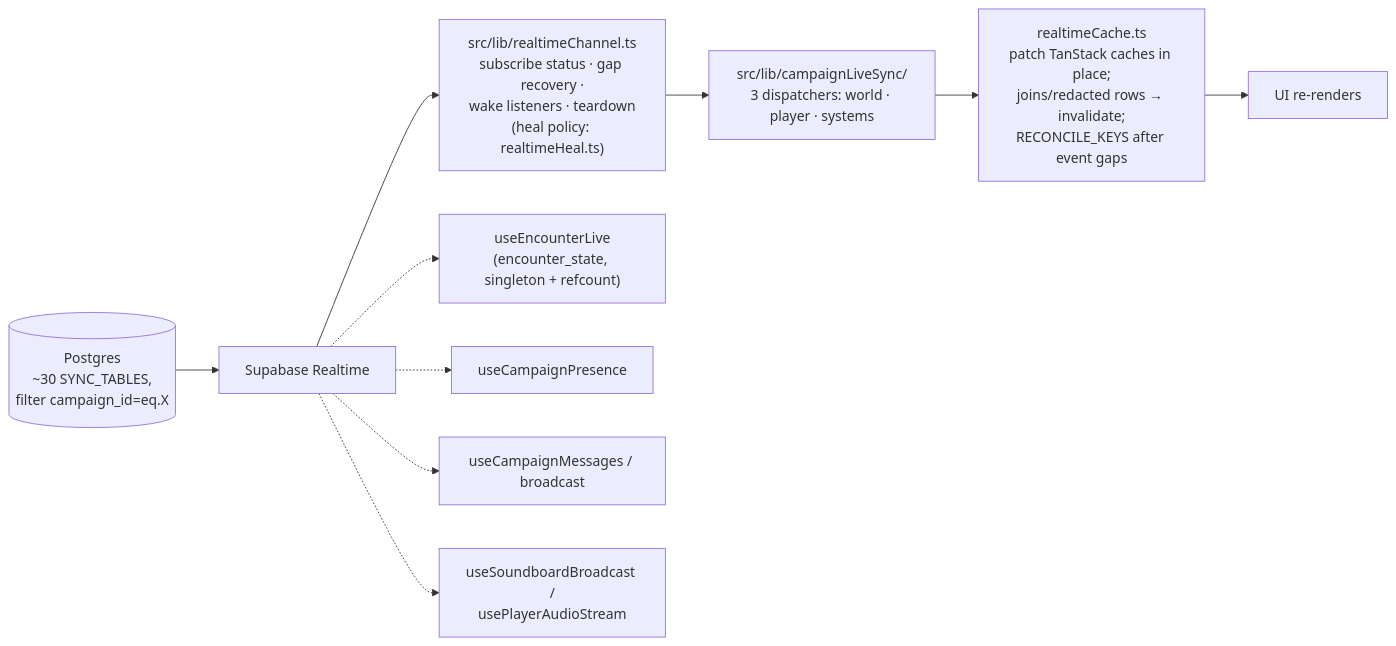
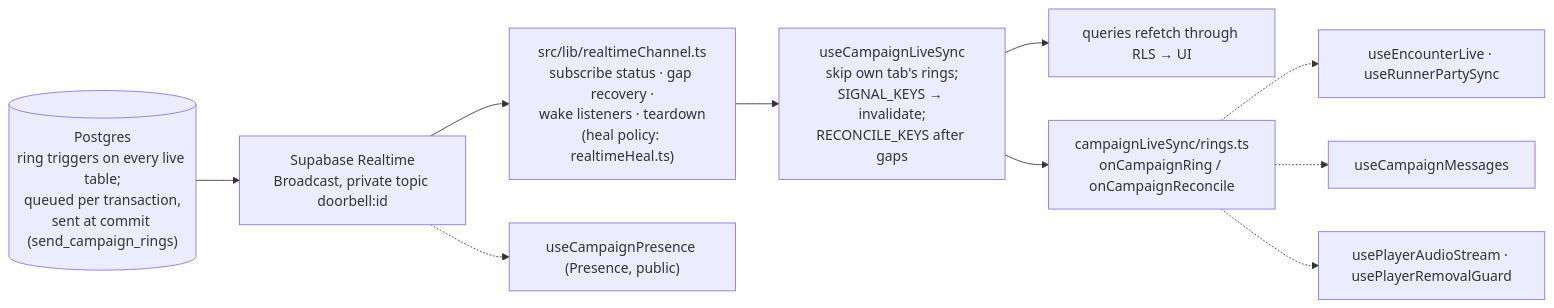
The third of 4 diagrams in context/architecture/internal.md (irongollem/grimoire), drawn with Mermaid before and after one commit. The commit also changed other lines of this file and 66 other files, not shown here.

First line of the commit message:
feat(live-sync): every client hears the campaign doorbell over Broadcast, and nothing polls (#999 4.2)

````diff
--- a/context/architecture/internal.md
+++ b/context/architecture/internal.md
@@ -152,13 +154,12 @@
 ```mermaid
 flowchart LR
-    pg[("Postgres<br/>~30 SYNC_TABLES,<br/>filter campaign_id=eq.X")] --> rt["Supabase Realtime"]
+    pg[("Postgres<br/>ring triggers on every live table;<br/>queued per transaction,<br/>sent at commit (send_campaign_rings)")] --> rt["Supabase Realtime<br/>Broadcast, private topic doorbell:id"]
     rt --> chan["src/lib/realtimeChannel.ts<br/>subscribe status · gap recovery ·<br/>wake listeners · teardown<br/>(heal policy: realtimeHeal.ts)"]
-    chan --> dispatch["src/lib/campaignLiveSync/<br/>3 dispatchers: world · player · systems"]
-    dispatch --> cache["realtimeCache.ts<br/>patch TanStack caches in place;<br/>joins/redacted rows → invalidate;<br/>RECONCILE_KEYS after event gaps"]
-    cache --> uiL["UI re-renders"]
-
-    rt -.-> enc["useEncounterLive<br/>(encounter_state, singleton + refcount)"]
-    rt -.-> pres["useCampaignPresence"]
-    rt -.-> msg["useCampaignMessages / broadcast"]
-    rt -.-> snd["useSoundboardBroadcast /<br/>usePlayerAudioStream"]
+    chan --> sync["useCampaignLiveSync<br/>skip own tab's rings;<br/>SIGNAL_KEYS → invalidate;<br/>RECONCILE_KEYS after gaps"]
+    sync --> uiL["queries refetch through RLS → UI"]
+    sync --> bus["campaignLiveSync/rings.ts<br/>onCampaignRing / onCampaignReconcile"]
+    bus -.-> enc["useEncounterLive · useRunnerPartySync"]
+    bus -.-> msg["useCampaignMessages"]
+    bus -.-> snd["usePlayerAudioStream · usePlayerRemovalGuard"]
+    rt -.-> pres["useCampaignPresence (Presence, public)"]
 ```
````
